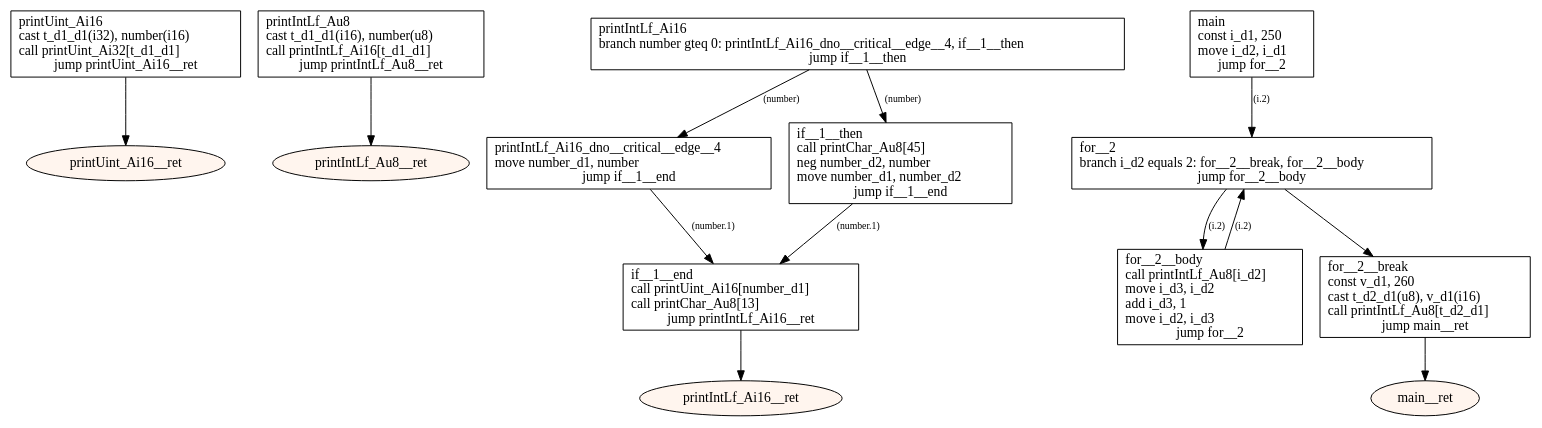
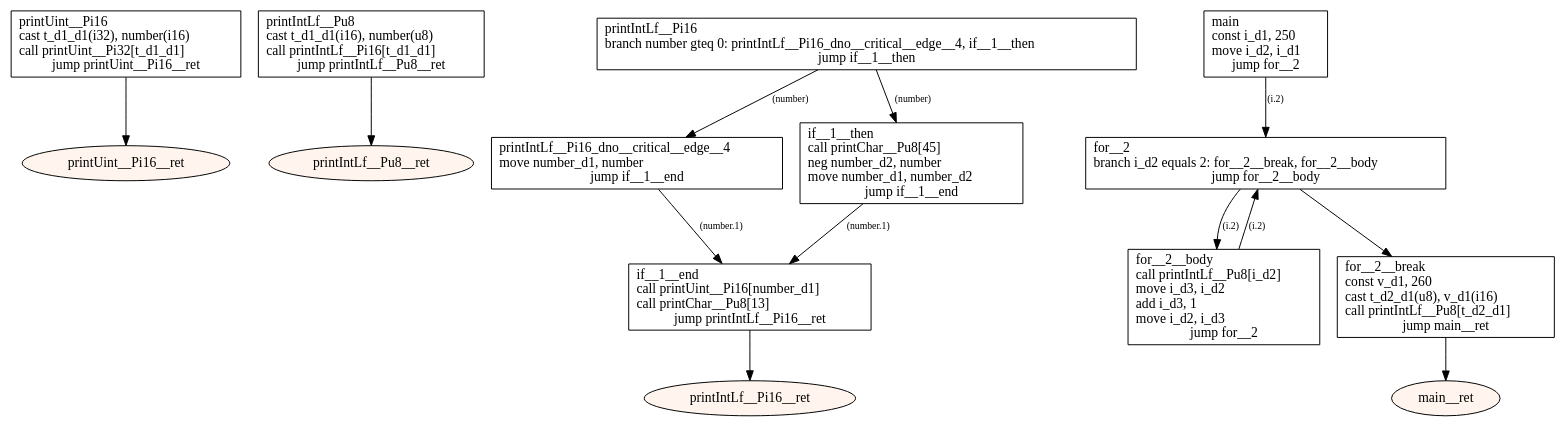
The diagram in src/main/resources-test/compiler/z8/types.dot (tmssngr/tinyC), drawn with Graphviz before and after one commit. The commit also changed 523 other files, not shown here.

```diff
--- a/src/main/resources-test/compiler/z8/types.dot
+++ b/src/main/resources-test/compiler/z8/types.dot
@@ -1,37 +1,37 @@
 digraph program {
 	edge[fontsize="10pt"];
-	subgraph fn_printUint_Ai16 {
-		BasicBlock_0_printUint_Ai16 [label="printUint_Ai16\lcast t_d1_d1(i32), number(i16)\lcall printUint_Ai32[t_d1_d1]\ljump printUint_Ai16__ret",shape=box];
-		BasicBlock_0_printUint_Ai16 -> BasicBlock_0_printUint_Ai16__ret;
-		BasicBlock_0_printUint_Ai16__ret [label="printUint_Ai16__ret",shape=oval,style=filled,fillcolor="#fff5ee"];
+	subgraph fn_printUint__Pi16 {
+		BasicBlock_0_printUint__Pi16 [label="printUint__Pi16\lcast t_d1_d1(i32), number(i16)\lcall printUint__Pi32[t_d1_d1]\ljump printUint__Pi16__ret",shape=box];
+		BasicBlock_0_printUint__Pi16 -> BasicBlock_0_printUint__Pi16__ret;
+		BasicBlock_0_printUint__Pi16__ret [label="printUint__Pi16__ret",shape=oval,style=filled,fillcolor="#fff5ee"];
 	}
-	subgraph fn_printIntLf_Au8 {
-		BasicBlock_1_printIntLf_Au8 [label="printIntLf_Au8\lcast t_d1_d1(i16), number(u8)\lcall printIntLf_Ai16[t_d1_d1]\ljump printIntLf_Au8__ret",shape=box];
-		BasicBlock_1_printIntLf_Au8 -> BasicBlock_1_printIntLf_Au8__ret;
-		BasicBlock_1_printIntLf_Au8__ret [label="printIntLf_Au8__ret",shape=oval,style=filled,fillcolor="#fff5ee"];
+	subgraph fn_printIntLf__Pu8 {
+		BasicBlock_1_printIntLf__Pu8 [label="printIntLf__Pu8\lcast t_d1_d1(i16), number(u8)\lcall printIntLf__Pi16[t_d1_d1]\ljump printIntLf__Pu8__ret",shape=box];
+		BasicBlock_1_printIntLf__Pu8 -> BasicBlock_1_printIntLf__Pu8__ret;
+		BasicBlock_1_printIntLf__Pu8__ret [label="printIntLf__Pu8__ret",shape=oval,style=filled,fillcolor="#fff5ee"];
 	}
-	subgraph fn_printIntLf_Ai16 {
-		BasicBlock_2_printIntLf_Ai16 [label="printIntLf_Ai16\lbranch number gteq 0: printIntLf_Ai16_dno__critical__edge__4, if__1__then\ljump if__1__then",shape=box];
-		BasicBlock_2_printIntLf_Ai16 -> BasicBlock_2_printIntLf_Ai16_dno__critical__edge__4 [label="(number)"];
-		BasicBlock_2_printIntLf_Ai16 -> BasicBlock_2_if__1__then [label="(number)"];
-		BasicBlock_2_printIntLf_Ai16_dno__critical__edge__4 [label="printIntLf_Ai16_dno__critical__edge__4\lmove number_d1, number\ljump if__1__end",shape=box];
-		BasicBlock_2_printIntLf_Ai16_dno__critical__edge__4 -> BasicBlock_2_if__1__end [label="(number.1)"];
-		BasicBlock_2_if__1__then [label="if__1__then\lcall printChar_Au8[45]\lneg number_d2, number\lmove number_d1, number_d2\ljump if__1__end",shape=box];
+	subgraph fn_printIntLf__Pi16 {
+		BasicBlock_2_printIntLf__Pi16 [label="printIntLf__Pi16\lbranch number gteq 0: printIntLf__Pi16_dno__critical__edge__4, if__1__then\ljump if__1__then",shape=box];
+		BasicBlock_2_printIntLf__Pi16 -> BasicBlock_2_printIntLf__Pi16_dno__critical__edge__4 [label="(number)"];
+		BasicBlock_2_printIntLf__Pi16 -> BasicBlock_2_if__1__then [label="(number)"];
+		BasicBlock_2_printIntLf__Pi16_dno__critical__edge__4 [label="printIntLf__Pi16_dno__critical__edge__4\lmove number_d1, number\ljump if__1__end",shape=box];
+		BasicBlock_2_printIntLf__Pi16_dno__critical__edge__4 -> BasicBlock_2_if__1__end [label="(number.1)"];
+		BasicBlock_2_if__1__then [label="if__1__then\lcall printChar__Pu8[45]\lneg number_d2, number\lmove number_d1, number_d2\ljump if__1__end",shape=box];
 		BasicBlock_2_if__1__then -> BasicBlock_2_if__1__end [label="(number.1)"];
-		BasicBlock_2_if__1__end [label="if__1__end\lcall printUint_Ai16[number_d1]\lcall printChar_Au8[13]\ljump printIntLf_Ai16__ret",shape=box];
-		BasicBlock_2_if__1__end -> BasicBlock_2_printIntLf_Ai16__ret;
-		BasicBlock_2_printIntLf_Ai16__ret [label="printIntLf_Ai16__ret",shape=oval,style=filled,fillcolor="#fff5ee"];
+		BasicBlock_2_if__1__end [label="if__1__end\lcall printUint__Pi16[number_d1]\lcall printChar__Pu8[13]\ljump printIntLf__Pi16__ret",shape=box];
+		BasicBlock_2_if__1__end -> BasicBlock_2_printIntLf__Pi16__ret;
+		BasicBlock_2_printIntLf__Pi16__ret [label="printIntLf__Pi16__ret",shape=oval,style=filled,fillcolor="#fff5ee"];
 	}
 	subgraph fn_main {
 		BasicBlock_3_main [label="main\lconst i_d1, 250\lmove i_d2, i_d1\ljump for__2",shape=box];
 		BasicBlock_3_main -> BasicBlock_3_for__2 [label="(i.2)"];
-		BasicBlock_3_for__2__body [label="for__2__body\lcall printIntLf_Au8[i_d2]\lmove i_d3, i_d2\ladd i_d3, 1\lmove i_d2, i_d3\ljump for__2",shape=box];
+		BasicBlock_3_for__2__body [label="for__2__body\lcall printIntLf__Pu8[i_d2]\lmove i_d3, i_d2\ladd i_d3, 1\lmove i_d2, i_d3\ljump for__2",shape=box];
 		BasicBlock_3_for__2__body -> BasicBlock_3_for__2 [label="(i.2)"];
 		BasicBlock_3_for__2 [label="for__2\lbranch i_d2 equals 2: for__2__break, for__2__body\ljump for__2__body",shape=box];
 		BasicBlock_3_for__2 -> BasicBlock_3_for__2__break;
 		BasicBlock_3_for__2 -> BasicBlock_3_for__2__body [label="(i.2)"];
-		BasicBlock_3_for__2__break [label="for__2__break\lconst v_d1, 260\lcast t_d2_d1(u8), v_d1(i16)\lcall printIntLf_Au8[t_d2_d1]\ljump main__ret",shape=box];
+		BasicBlock_3_for__2__break [label="for__2__break\lconst v_d1, 260\lcast t_d2_d1(u8), v_d1(i16)\lcall printIntLf__Pu8[t_d2_d1]\ljump main__ret",shape=box];
 		BasicBlock_3_for__2__break -> BasicBlock_3_main__ret;
 		BasicBlock_3_main__ret [label="main__ret",shape=oval,style=filled,fillcolor="#fff5ee"];
 	}
 }
```
